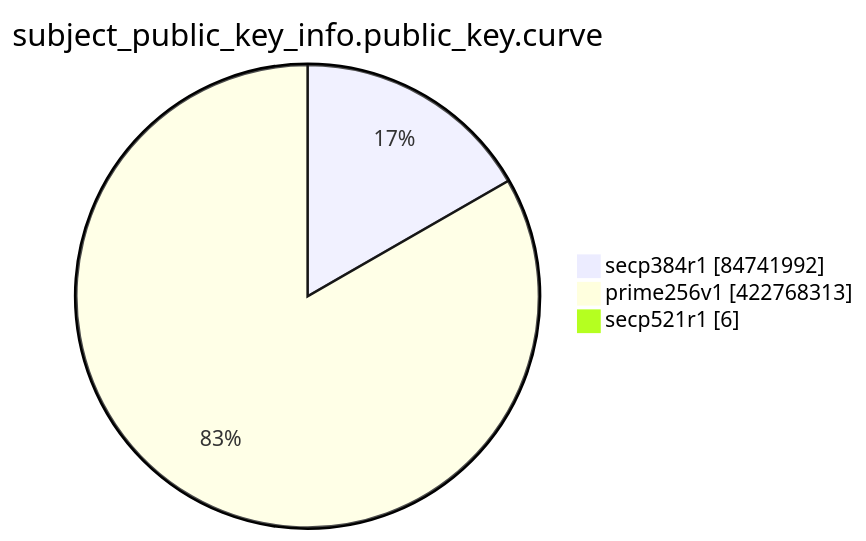
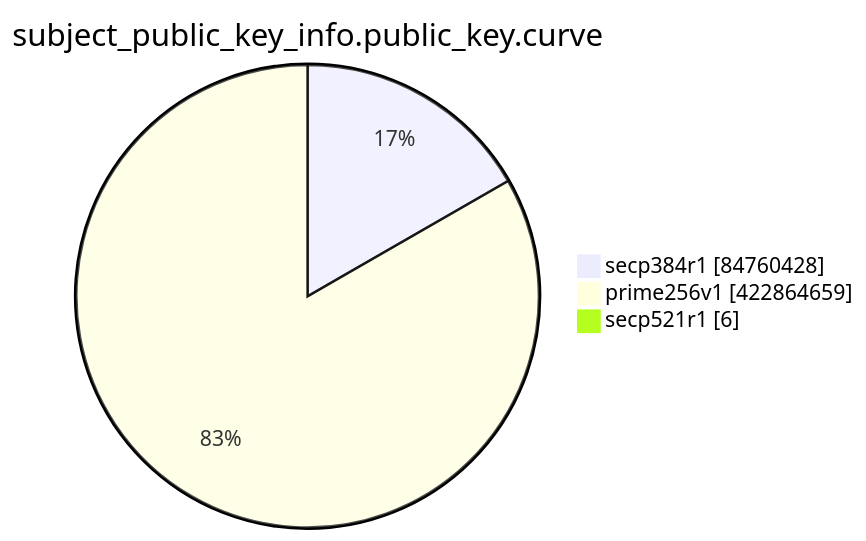
Before and after one commit to christiankrug/ctmonitor_visualization: the eighth of 15 diagrams in TOTAL/README.md, drawn with Mermaid. The commit also changed other lines of this file, not shown here.

````diff
--- a/TOTAL/README.md
+++ b/TOTAL/README.md
@@ -3099,7 +3099,7 @@
 ```mermaid
 pie showData
 title subject_public_key_info.public_key.curve
-"secp384r1" :84741992
-"prime256v1" :422768313
+"secp384r1" :84760428
+"prime256v1" :422864659
 "secp521r1" :6
 ```
````
